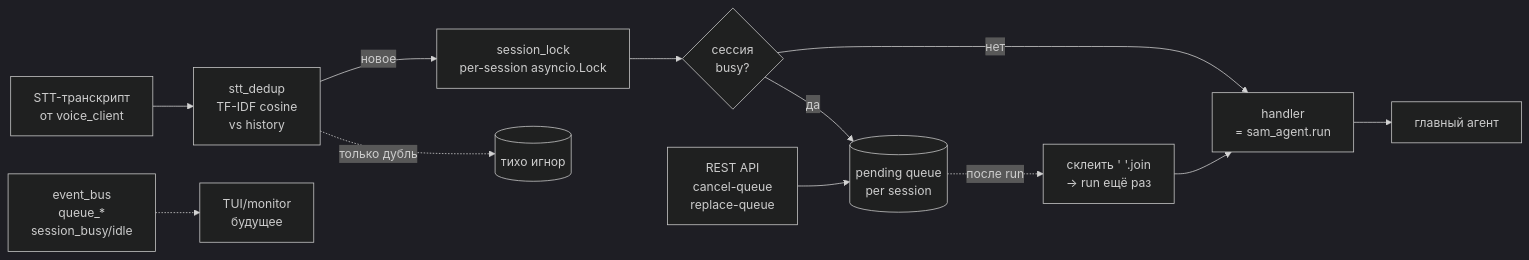
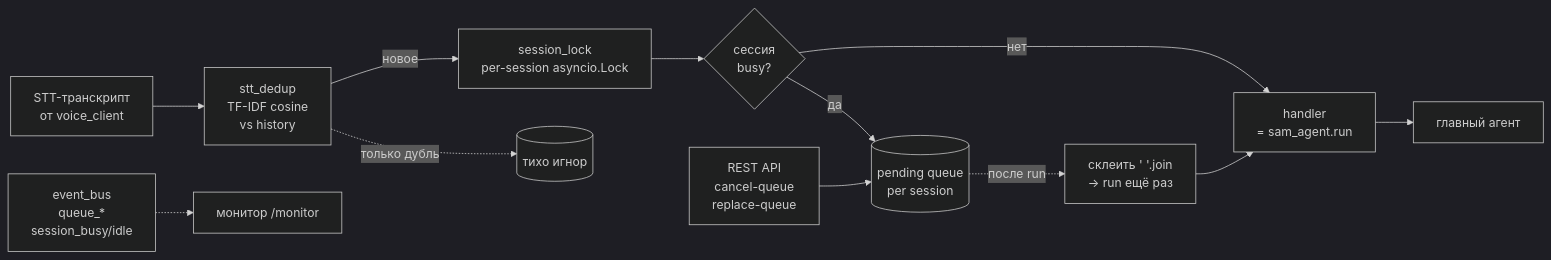
The sixth of 7 diagrams in docs/architecture.md (sawking-tech/sam-public), drawn with Mermaid (dark theme) before and after one commit. The commit also changed other lines of this file and 192 other files, not shown here.

````diff
--- a/docs/architecture.md
+++ b/docs/architecture.md
@@ -277,17 +270,17 @@
 ```mermaid
 flowchart LR
   STT[STT-транскрипт<br/>от voice_client] --> DDUP[stt_dedup<br/>TF-IDF cosine<br/>vs history]
   DDUP -->|новое| LK[session_lock<br/>per-session asyncio.Lock]
   DDUP -.->|только дубль| DROP[(тихо игнор)]
 
   LK --> BUSY{сессия<br/>busy?}
   BUSY -- нет --> RUN[handler<br/>= sam_agent.run]
   BUSY -- да --> Q[(pending queue<br/>per session)]
   Q -.->|после run| MERGE[склеить ' '.join<br/>→ run ещё раз]
   MERGE --> RUN
 
   RUN --> AG[главный агент]
 
   REST[REST API<br/>cancel-queue<br/>replace-queue] --> Q
-  EM[event_bus<br/>queue_*<br/>session_busy/idle] -.-> UI[TUI/monitor<br/>будущее]
+  EM[event_bus<br/>queue_*<br/>session_busy/idle] -.-> UI[монитор /monitor]
 ```
````
